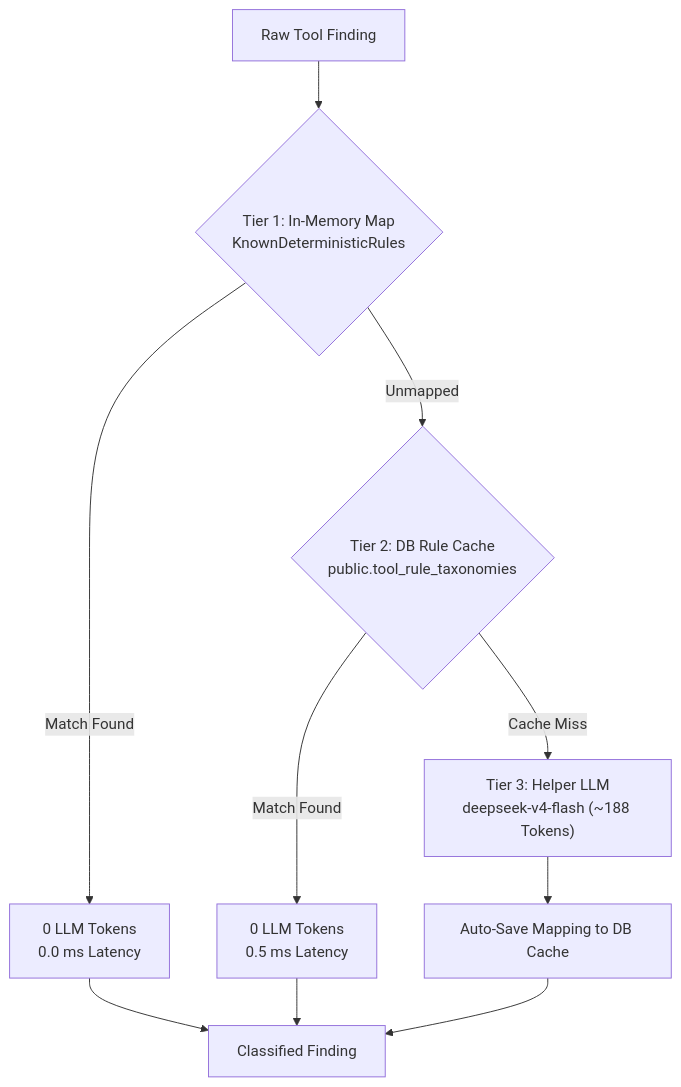
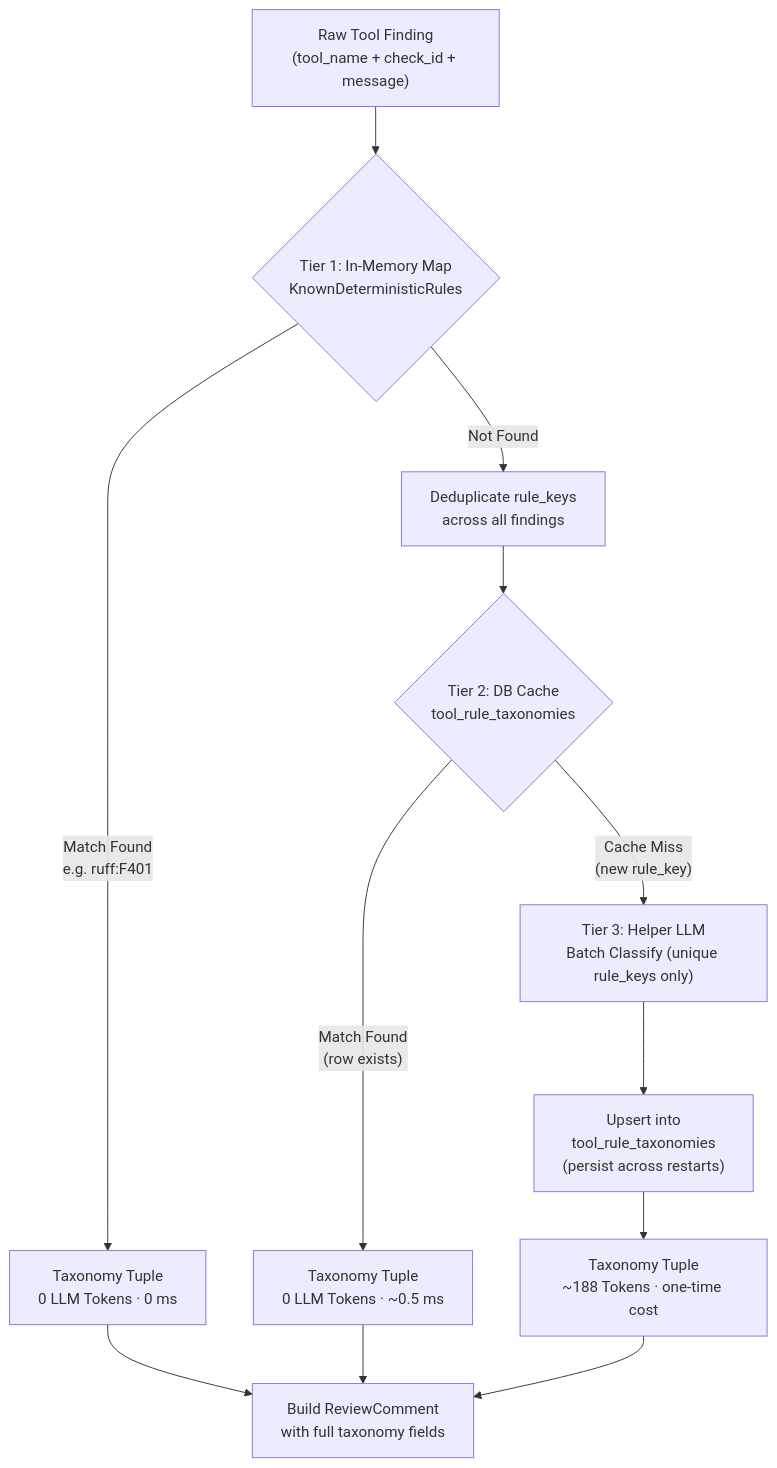
Before and after one commit to HexmosTech/LiveReview: the second of 3 diagrams in docs/tools/tools-integration-beta.md, drawn with Mermaid. The commit also changed other lines of this file, not shown here.

Commit message:
Implement 3-Tier Classification for Static Analysis Findings

````diff
--- a/docs/tools/tools-integration-beta.md
+++ b/docs/tools/tools-integration-beta.md
@@ -108,14 +104,17 @@
 ```mermaid
 flowchart TD
-    RAW["Raw Tool Finding"] --> TIER1{"Tier 1: In-Memory Map\nKnownDeterministicRules"}
-    
-    TIER1 -->|Match Found| DONE1["0 LLM Tokens\n0.0 ms Latency"]
-    TIER1 -->|Unmapped| TIER2{"Tier 2: DB Rule Cache\npublic.tool_rule_taxonomies"}
-    
-    TIER2 -->|Match Found| DONE2["0 LLM Tokens\n0.5 ms Latency"]
-    TIER2 -->|Cache Miss| TIER3["Tier 3: Helper LLM\ndeepseek-v4-flash (~188 Tokens)"]
-    
-    TIER3 --> SAVE_CACHE["Auto-Save Mapping to DB Cache"]
-    SAVE_CACHE --> DONE3["Classified Finding"]
-    DONE1 & DONE2 --> DONE3
+    RAW["Raw Tool Finding<br/>(tool_name + check_id + message)"] --> TIER1{"Tier 1: In-Memory Map<br/>KnownDeterministicRules"}
+
+    TIER1 -->|"Match Found<br/>e.g. ruff:F401"| DONE1["Taxonomy Tuple<br/>0 LLM Tokens · 0 ms"]
+    TIER1 -->|"Not Found"| DEDUPE["Deduplicate rule_keys<br/>across all findings"]
+
+    DEDUPE --> TIER2{"Tier 2: DB Cache<br/>tool_rule_taxonomies"}
+
+    TIER2 -->|"Match Found<br/>(row exists)"| DONE2["Taxonomy Tuple<br/>0 LLM Tokens · ~0.5 ms"]
+    TIER2 -->|"Cache Miss<br/>(new rule_key)"| TIER3["Tier 3: Helper LLM<br/>Batch Classify (unique rule_keys only)"]
+
+    TIER3 --> SAVE["Upsert into<br/>tool_rule_taxonomies<br/>(persist across restarts)"]
+    SAVE --> DONE3["Taxonomy Tuple<br/>~188 Tokens · one-time cost"]
+
+    DONE1 & DONE2 & DONE3 --> COMMENT["Build ReviewComment<br/>with full taxonomy fields"]
 ```
````
